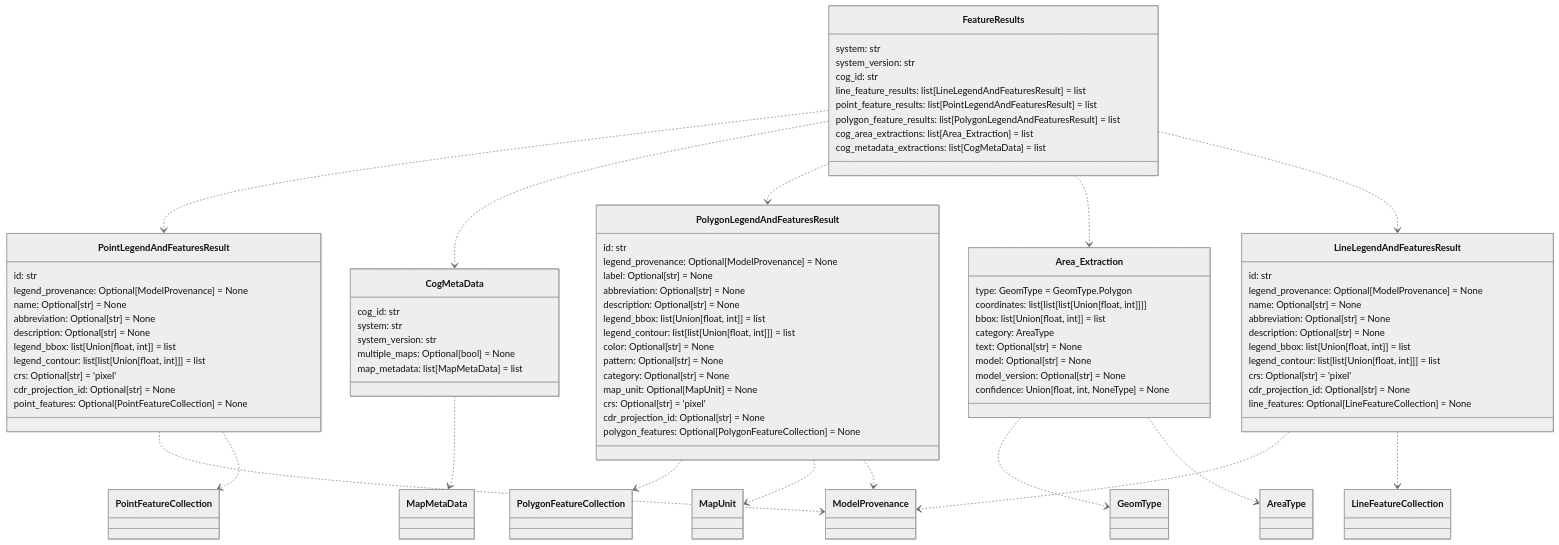
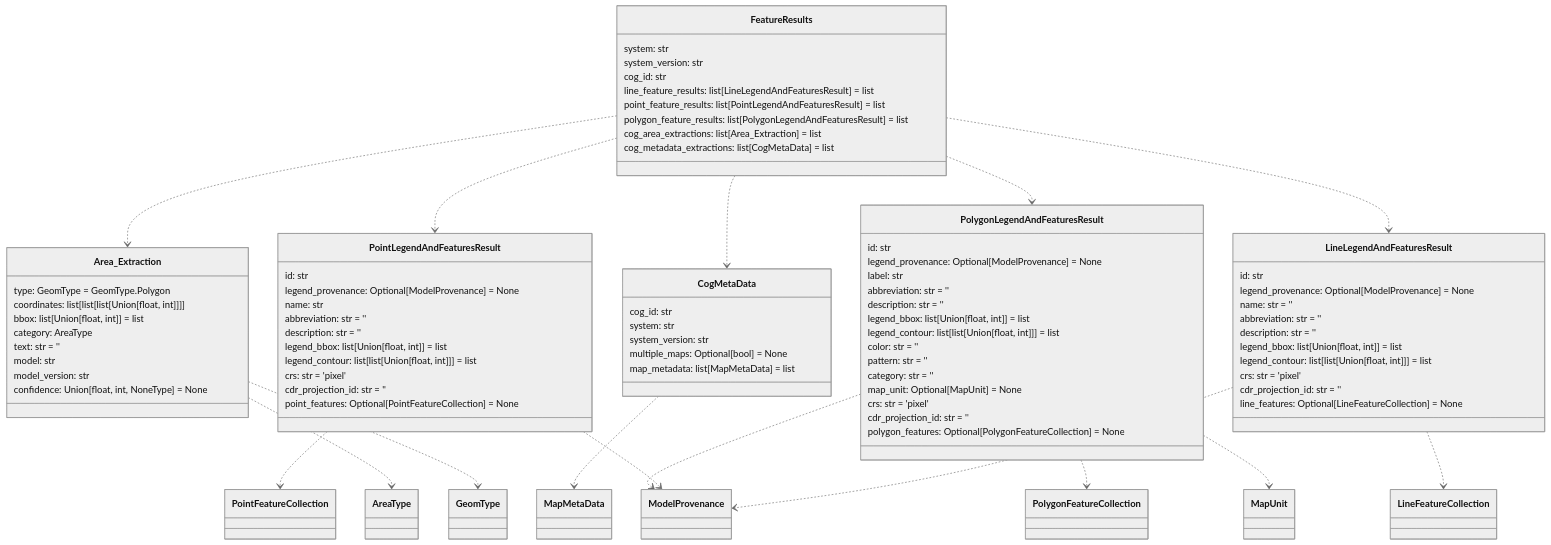
Before and after one commit to DARPA-CRITICALMAAS/cdr_schemas: the fourth of 12 diagrams in README.md, drawn with Mermaid (neutral theme). The commit also changed other lines of this file and 7 other files, not shown here.

```diff
--- a/README.md
+++ b/README.md
@@ -254,22 +254,25 @@
     class PointLegendAndFeaturesResult {
         id: str
         legend_provenance: Optional[ModelProvenance] = None
-        name: Optional[str] = None
-        abbreviation: Optional[str] = None
-        description: Optional[str] = None
+        name: str
+        abbreviation: str = ''
+        description: str = ''
         legend_bbox: list[Union[float, int]] = list
         legend_contour: list[list[Union[float, int]]] = list
-        crs: Optional[str] = 'pixel'
-        cdr_projection_id: Optional[str] = None
+        crs: str = 'pixel'
+        cdr_projection_id: str = ''
         point_features: Optional[PointFeatureCollection] = None
     }
 
-    class CogMetaData {
-        cog_id: str
-        system: str
-        system_version: str
-        multiple_maps: Optional[bool] = None
-        map_metadata: list[MapMetaData] = list
+    class Area_Extraction {
+        type: GeomType = GeomType.Polygon
+        coordinates: list[list[list[Union[float, int]]]]
+        bbox: list[Union[float, int]] = list
+        category: AreaType
+        text: str = ''
+        model: str
+        model_version: str
+        confidence: Union[float, int, NoneType] = None
     }
 
     class FeatureResults {
@@ -283,49 +286,46 @@
         cog_metadata_extractions: list[CogMetaData] = list
     }
 
+    class CogMetaData {
+        cog_id: str
+        system: str
+        system_version: str
+        multiple_maps: Optional[bool] = None
+        map_metadata: list[MapMetaData] = list
+    }
+
     class PolygonLegendAndFeaturesResult {
         id: str
         legend_provenance: Optional[ModelProvenance] = None
-        label: Optional[str] = None
-        abbreviation: Optional[str] = None
-        description: Optional[str] = None
+        label: str
+        abbreviation: str = ''
+        description: str = ''
         legend_bbox: list[Union[float, int]] = list
         legend_contour: list[list[Union[float, int]]] = list
-        color: Optional[str] = None
-        pattern: Optional[str] = None
-        category: Optional[str] = None
+        color: str = ''
+        pattern: str = ''
+        category: str = ''
         map_unit: Optional[MapUnit] = None
-        crs: Optional[str] = 'pixel'
-        cdr_projection_id: Optional[str] = None
+        crs: str = 'pixel'
+        cdr_projection_id: str = ''
         polygon_features: Optional[PolygonFeatureCollection] = None
-    }
-
-    class Area_Extraction {
-        type: GeomType = GeomType.Polygon
-        coordinates: list[list[list[Union[float, int]]]]
-        bbox: list[Union[float, int]] = list
-        category: AreaType
-        text: Optional[str] = None
-        model: Optional[str] = None
-        model_version: Optional[str] = None
-        confidence: Union[float, int, NoneType] = None
     }
 
     class LineLegendAndFeaturesResult {
         id: str
         legend_provenance: Optional[ModelProvenance] = None
-        name: Optional[str] = None
-        abbreviation: Optional[str] = None
-        description: Optional[str] = None
+        name: str = ''
+        abbreviation: str = ''
+        description: str = ''
         legend_bbox: list[Union[float, int]] = list
         legend_contour: list[list[Union[float, int]]] = list
-        crs: Optional[str] = 'pixel'
-        cdr_projection_id: Optional[str] = None
+        crs: str = 'pixel'
+        cdr_projection_id: str = ''
         line_features: Optional[LineFeatureCollection] = None
     }
 
+    Area_Extraction ..> AreaType
     Area_Extraction ..> GeomType
-    Area_Extraction ..> AreaType
     LineLegendAndFeaturesResult ..> ModelProvenance
     LineLegendAndFeaturesResult ..> LineFeatureCollection
     PointLegendAndFeaturesResult ..> ModelProvenance
@@ -335,9 +335,9 @@
     PolygonLegendAndFeaturesResult ..> ModelProvenance
     CogMetaData ..> MapMetaData
     FeatureResults ..> PointLegendAndFeaturesResult
+    FeatureResults ..> Area_Extraction
     FeatureResults ..> CogMetaData
     FeatureResults ..> PolygonLegendAndFeaturesResult
-    FeatureResults ..> Area_Extraction
     FeatureResults ..> LineLegendAndFeaturesResult
 
 
```
